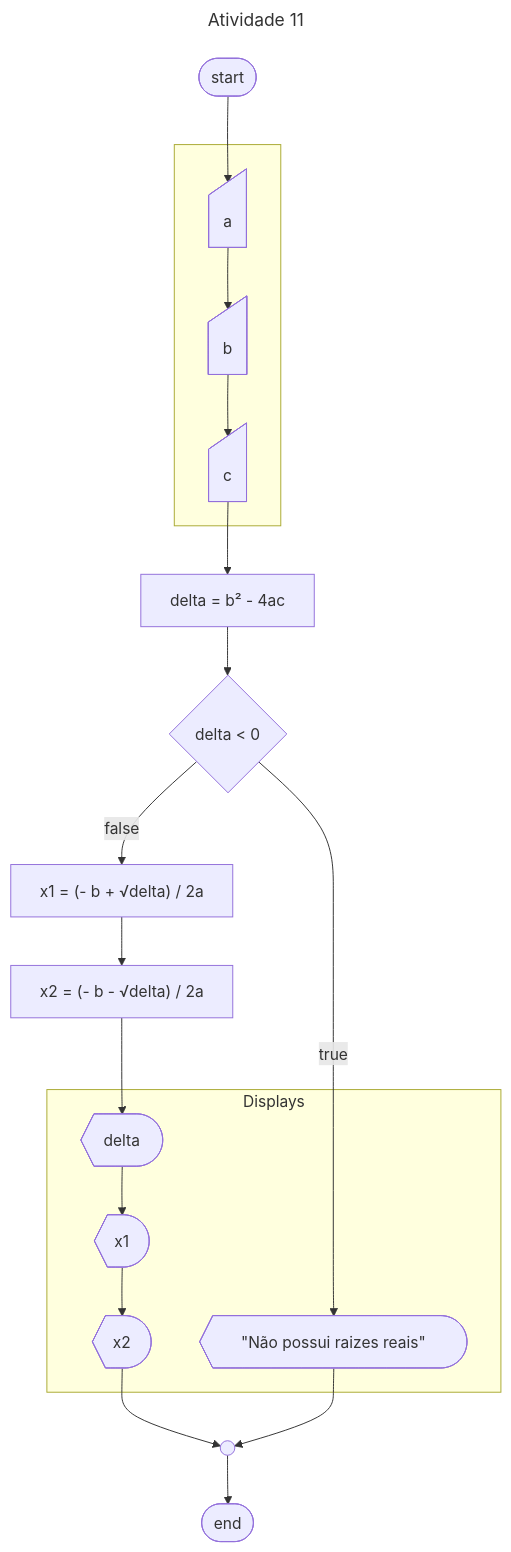
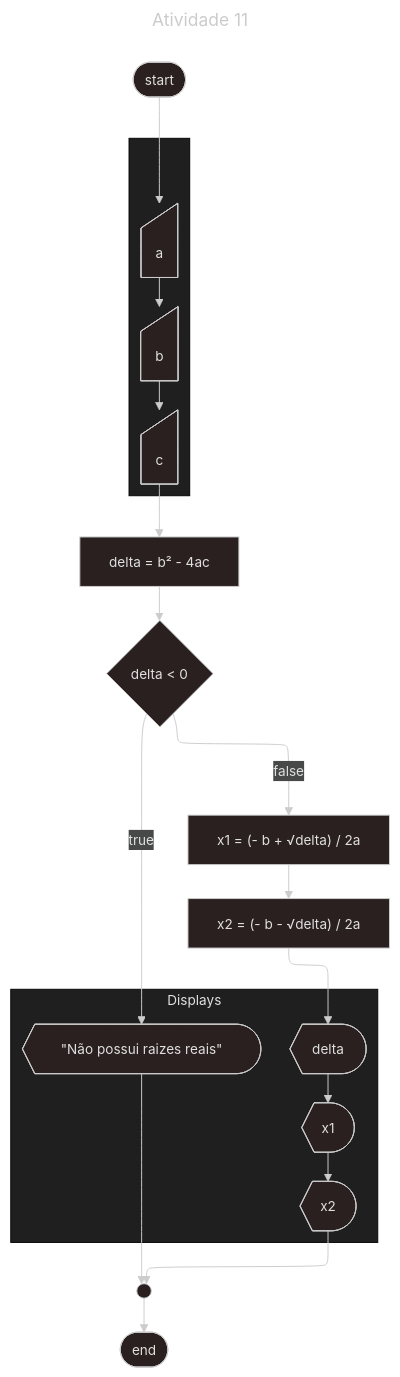
The fifth of 9 diagrams in Parte-2/README.md (kf-martins-uel/algoritmos-atividade1), drawn with Mermaid before and after one commit. The commit also changed other lines of this file and 1 other file, not shown here.

````diff
--- a/Parte-2/README.md
+++ b/Parte-2/README.md
@@ -235,32 +245,32 @@
 ```mermaid
 ---
+config:
+  theme: neo-dark
+  layout: elk
 title: Atividade 11
 ---
 flowchart TD
     start([start])
     fim([end])
     conector@{shape: circle, label: " "}
     subgraph " "
         a@{shape: manual-input}
         b@{shape: manual-input}
         c@{shape: manual-input}
     end
     delta["delta = b² - 4ac"]
     x1["x1 = (- b + √delta) / 2a"]
     x2["x2 = (- b - √delta) / 2a"]
     subgraph Displays
         ddelta@{shape: display, label: "delta"}
         dx1@{shape: display, label: "x1"}
         dx2@{shape: display, label: "x2"}
         invalido@{shape: display, label: "\"Não possui raizes reais\""}
     end
     if{delta < 0}
-    
     start --> a --> b --> c --> delta --> if
-
     if --> |true| invalido
     if --> |false| x1 --> x2 --> ddelta --> dx1 --> dx2 --> conector
     invalido --> conector
-
     conector --> fim
 ```
````
